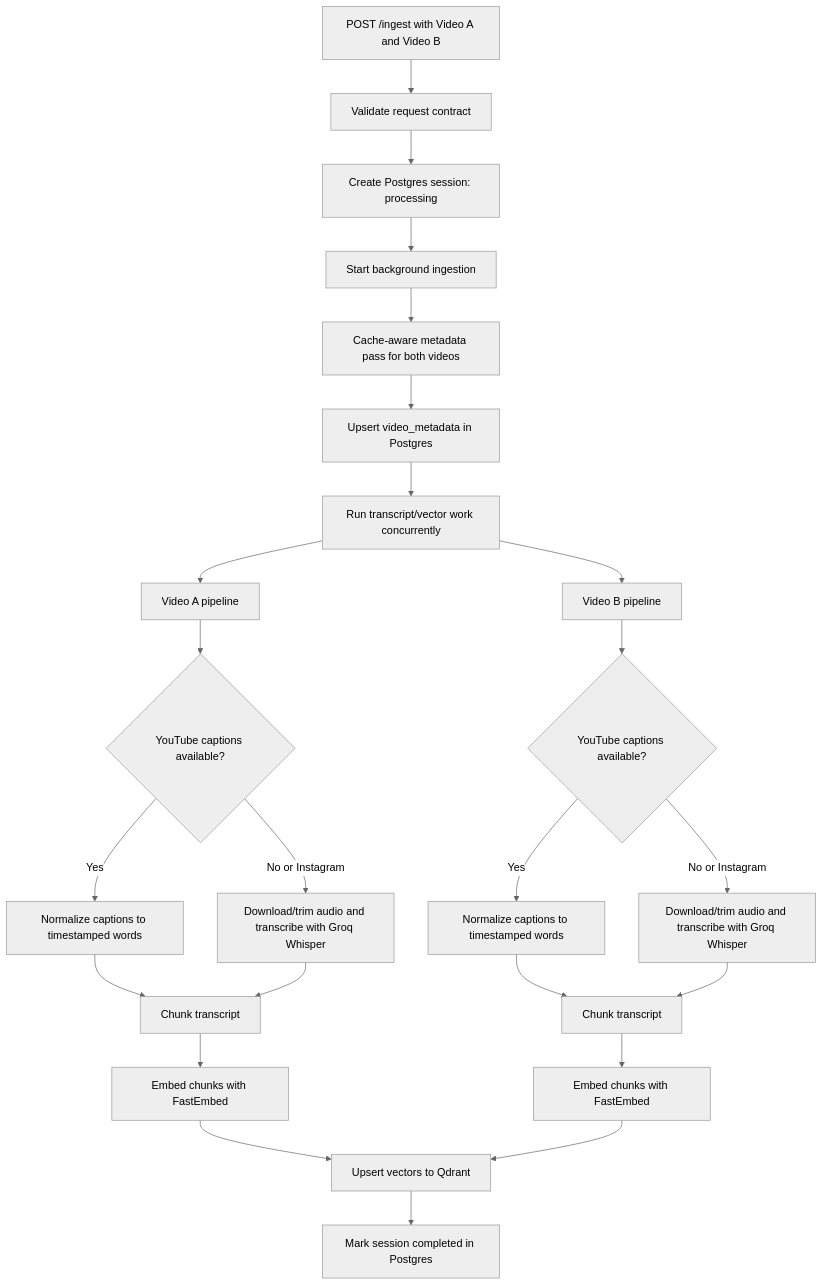
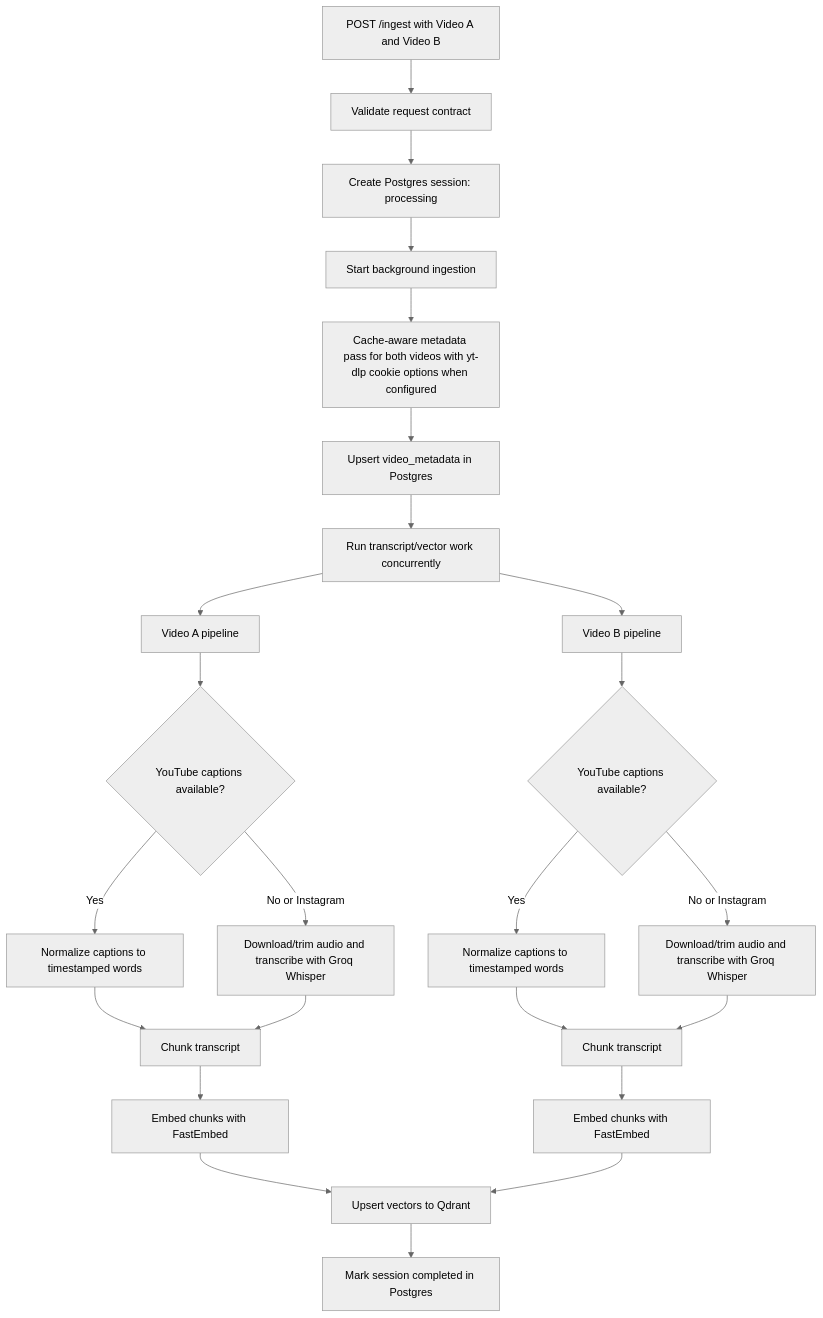
The second of 5 diagrams in docs/phase/phase-1.md (nirmaljb/CreatorGPT), drawn with Mermaid (neutral theme) before and after one commit. The commit also changed other lines of this file and 16 other files, not shown here.

````diff
--- a/docs/phase/phase-1.md
+++ b/docs/phase/phase-1.md
@@ -72,34 +73,34 @@
 ```mermaid
 flowchart TD
     Request[POST /ingest with Video A and Video B] --> Validate[Validate request contract]
     Validate --> Session[Create Postgres session: processing]
     Session --> Background[Start background ingestion]
 
-    Background --> Metadata[Cache-aware metadata pass for both videos]
+    Background --> Metadata[Cache-aware metadata pass for both videos with yt-dlp cookie options when configured]
     Metadata --> StoreMeta[Upsert video_metadata in Postgres]
     StoreMeta --> Parallel[Run transcript/vector work concurrently]
 
     Parallel --> VideoA[Video A pipeline]
     Parallel --> VideoB[Video B pipeline]
 
     VideoA --> TranscriptA{YouTube captions available?}
     VideoB --> TranscriptB{YouTube captions available?}
 
     TranscriptA -- Yes --> CaptionsA[Normalize captions to timestamped words]
     TranscriptA -- No or Instagram --> WhisperA[Download/trim audio and transcribe with Groq Whisper]
 
     TranscriptB -- Yes --> CaptionsB[Normalize captions to timestamped words]
     TranscriptB -- No or Instagram --> WhisperB[Download/trim audio and transcribe with Groq Whisper]
 
     CaptionsA --> ChunkA[Chunk transcript]
     WhisperA --> ChunkA
     CaptionsB --> ChunkB[Chunk transcript]
     WhisperB --> ChunkB
 
     ChunkA --> EmbedA[Embed chunks with FastEmbed]
     ChunkB --> EmbedB[Embed chunks with FastEmbed]
 
     EmbedA --> Qdrant[Upsert vectors to Qdrant]
     EmbedB --> Qdrant
     Qdrant --> Done[Mark session completed in Postgres]
 ```
````
